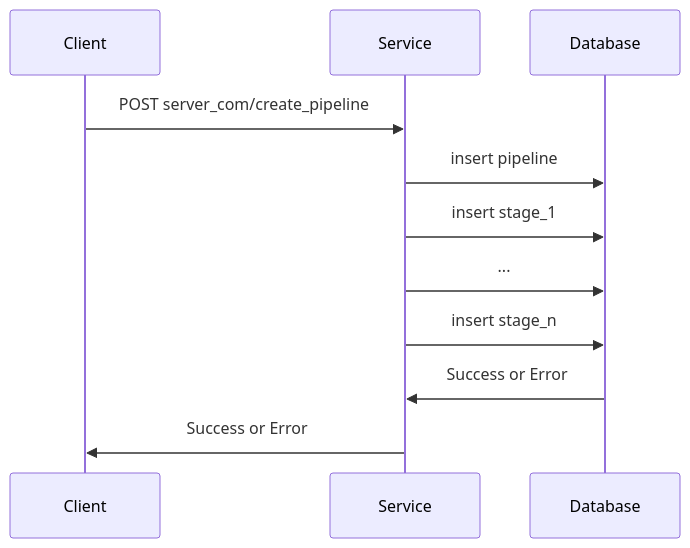
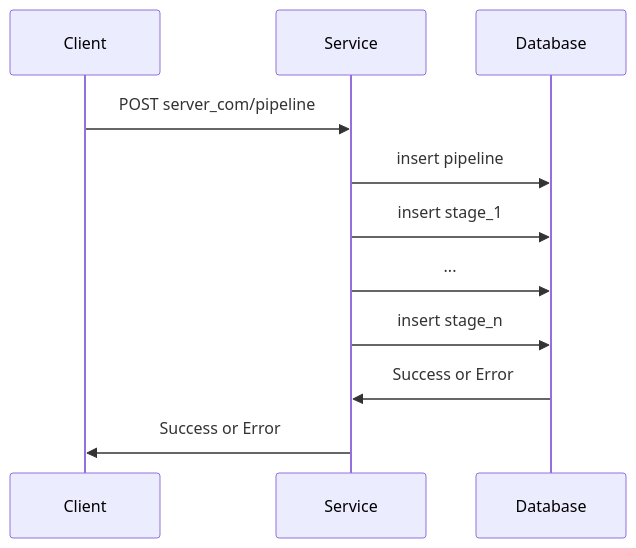
The first of 5 diagrams in pipeline.md (Jwostik/FastAPI), drawn with Mermaid before and after one commit. The commit also changed other lines of this file, not shown here.

````diff
--- a/pipeline.md
+++ b/pipeline.md
@@ -18,13 +18,13 @@
 ```mermaid
 sequenceDiagram
     participant C as Client
     participant S as Service
     participant D as Database
-    C->>S: POST server_com/create_pipeline
+    C->>S: POST server_com/pipeline
     S->>D: insert pipeline
     S->>D: insert stage_1
     S->>D: ...
     S->>D: insert stage_n
     D->>S: Success or Error
     S->>C: Success or Error
 ```
````
